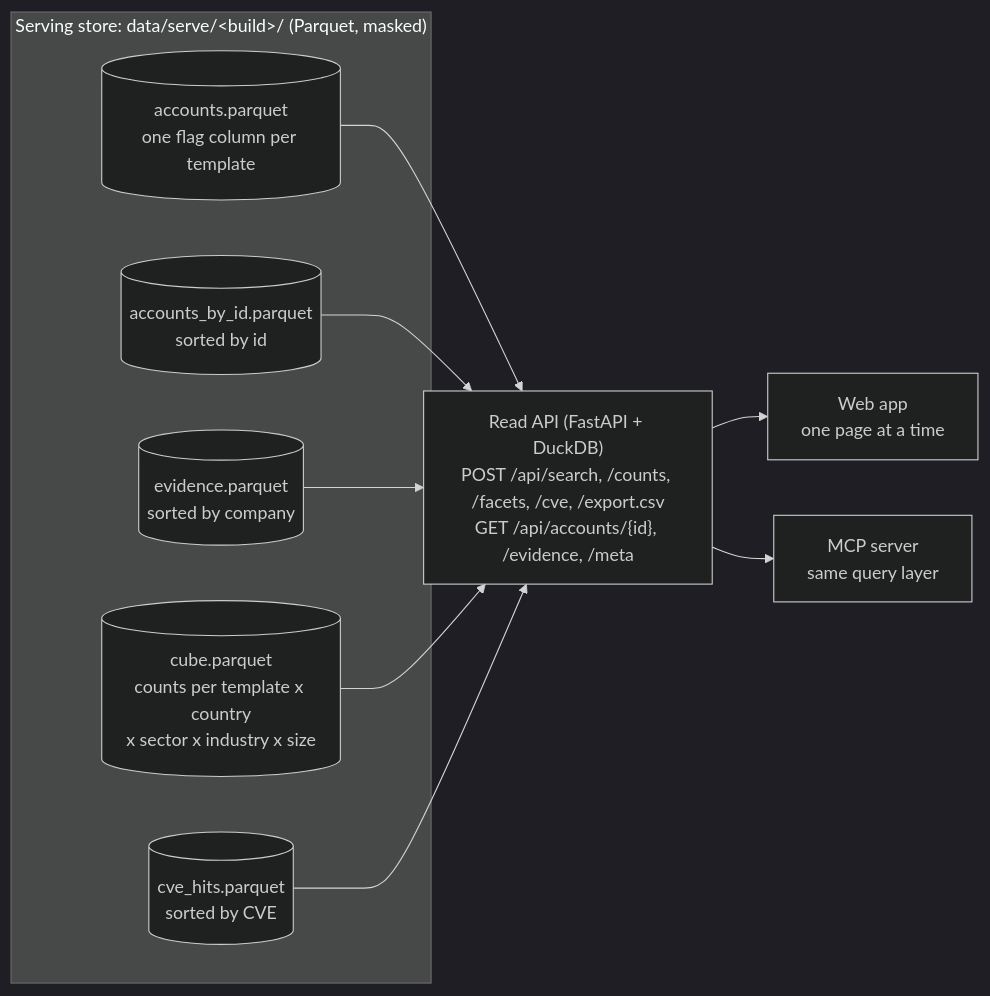
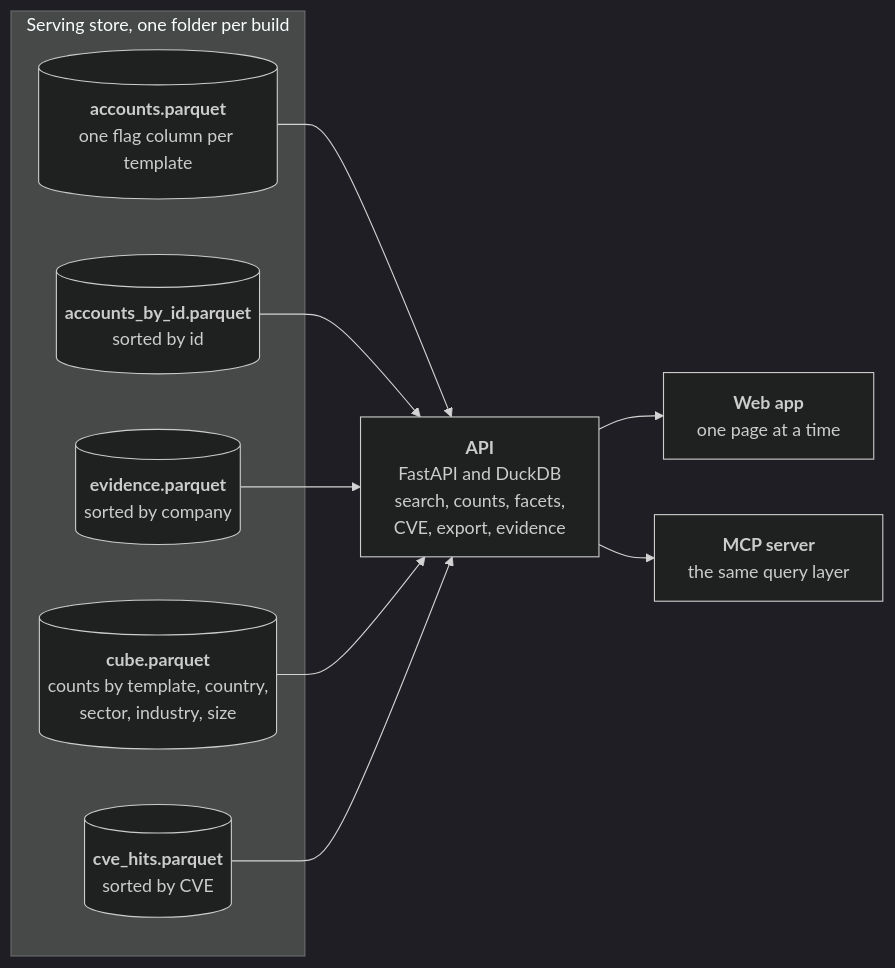
One commit to SahilChoudhary22/recon-sales-intelligence changed the sixth of 6 diagrams in docs/architecture.md. Above: the diagram before and after it, drawn with Mermaid (dark theme). The commit also changed other lines of this file and 11 other files, not shown here.

First line of the commit message:
README: walkthrough video and screen gallery; diagrams name each step and show production volume

````diff
--- a/docs/architecture.md
+++ b/docs/architecture.md
@@ -153,18 +157,18 @@
 ```mermaid
 flowchart LR
-  subgraph store["Serving store: data/serve/&lt;build&gt;/ (Parquet, masked)"]
-    acc[("accounts.parquet<br/>one flag column per template")]
-    byid[("accounts_by_id.parquet<br/>sorted by id")]
-    ev[("evidence.parquet<br/>sorted by company")]
-    cube[("cube.parquet<br/>counts per template x country<br/>x sector x industry x size")]
-    hits[("cve_hits.parquet<br/>sorted by CVE")]
+  subgraph store["Serving store, one folder per build"]
+    acc[("<b>accounts.parquet</b><br/>one flag column per template")]
+    byid[("<b>accounts_by_id.parquet</b><br/>sorted by id")]
+    ev[("<b>evidence.parquet</b><br/>sorted by company")]
+    cube[("<b>cube.parquet</b><br/>counts by template, country,<br/>sector, industry, size")]
+    hits[("<b>cve_hits.parquet</b><br/>sorted by CVE")]
   end
-  api["Read API (FastAPI + DuckDB)<br/>POST /api/search, /counts, /facets, /cve, /export.csv<br/>GET /api/accounts/{id}, /evidence, /meta"]
+  api["<b>API</b><br/>FastAPI and DuckDB<br/>search, counts, facets,<br/>CVE, export, evidence"]
   acc --> api
   byid --> api
   ev --> api
   cube --> api
   hits --> api
-  api --> app["Web app<br/>one page at a time"]
-  api --> mcp["MCP server<br/>same query layer"]
+  api --> app["<b>Web app</b><br/>one page at a time"]
+  api --> mcp["<b>MCP server</b><br/>the same query layer"]
 ```
````
